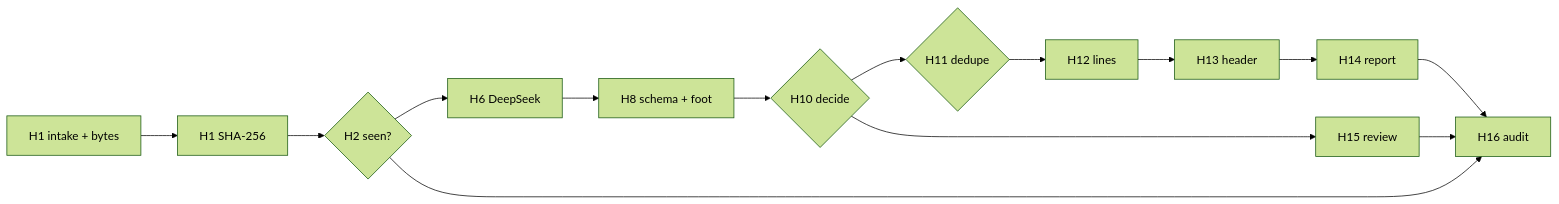
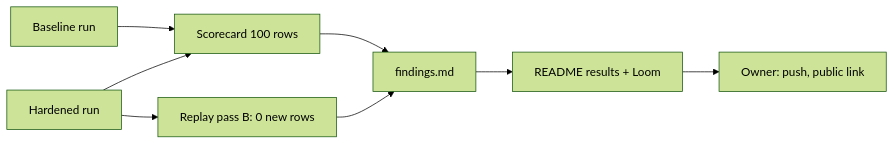
One commit to beyondalgorithms2026-source/Rescue_Diagnostic changed the diagram in .ai/REVIEW.md. Above: the diagram before and after it, drawn with Mermaid (forest theme). The commit also changed other lines of this file and 4 other files, not shown here.

First line of the commit message:
Write T14 README results and Loom script, T15 Sheets notes

````diff
--- a/.ai/REVIEW.md
+++ b/.ai/REVIEW.md
@@ -8,10 +8,10 @@
 ```mermaid
 flowchart LR
-  H1[H1 intake + bytes] --> Hash[H1 SHA-256] --> H2{H2 seen?}
-  H2 --> H6[H6 DeepSeek] --> H8[H8 schema + foot] --> H10{H10 decide}
-  H10 --> H11{H11 dedupe} --> H12[H12 lines] --> H13[H13 header] --> H14[H14 report]
-  H10 --> H15[H15 review]
-  H14 --> H16[H16 audit]
-  H15 --> H16
-  H2 --> H16
+  B[Baseline run] --> S[Scorecard 100 rows]
+  H[Hardened run] --> S
+  H --> R[Replay pass B: 0 new rows]
+  S --> F[findings.md]
+  R --> F
+  F --> RM[README results + Loom]
+  RM --> G[Owner: push, public link]
 ```
````
